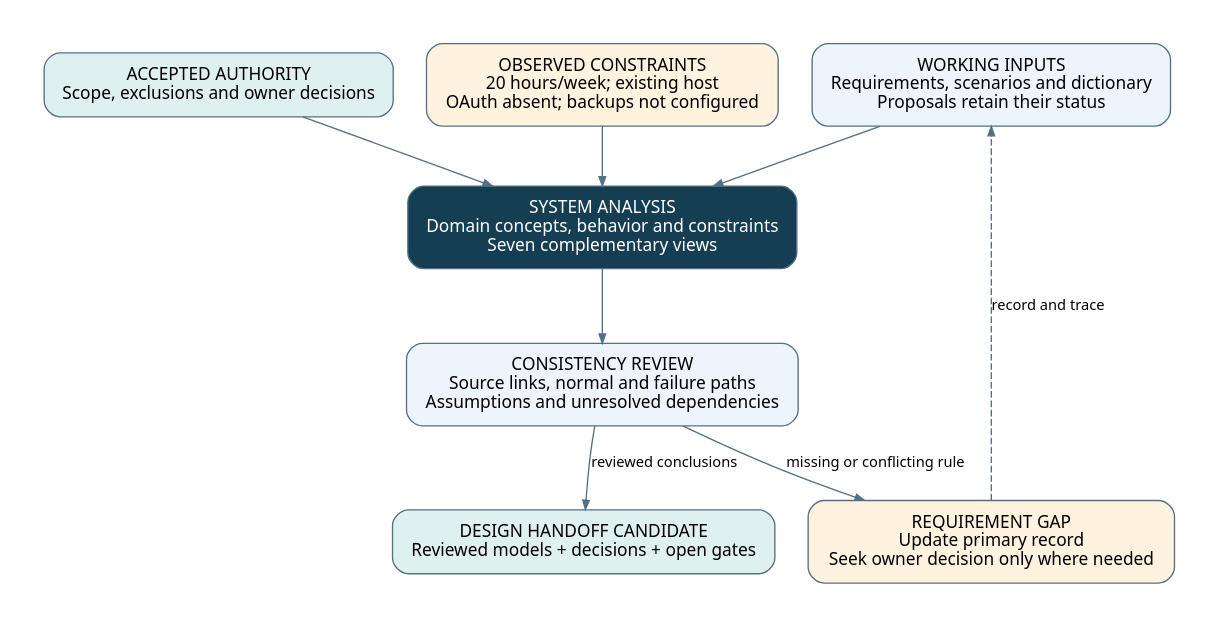
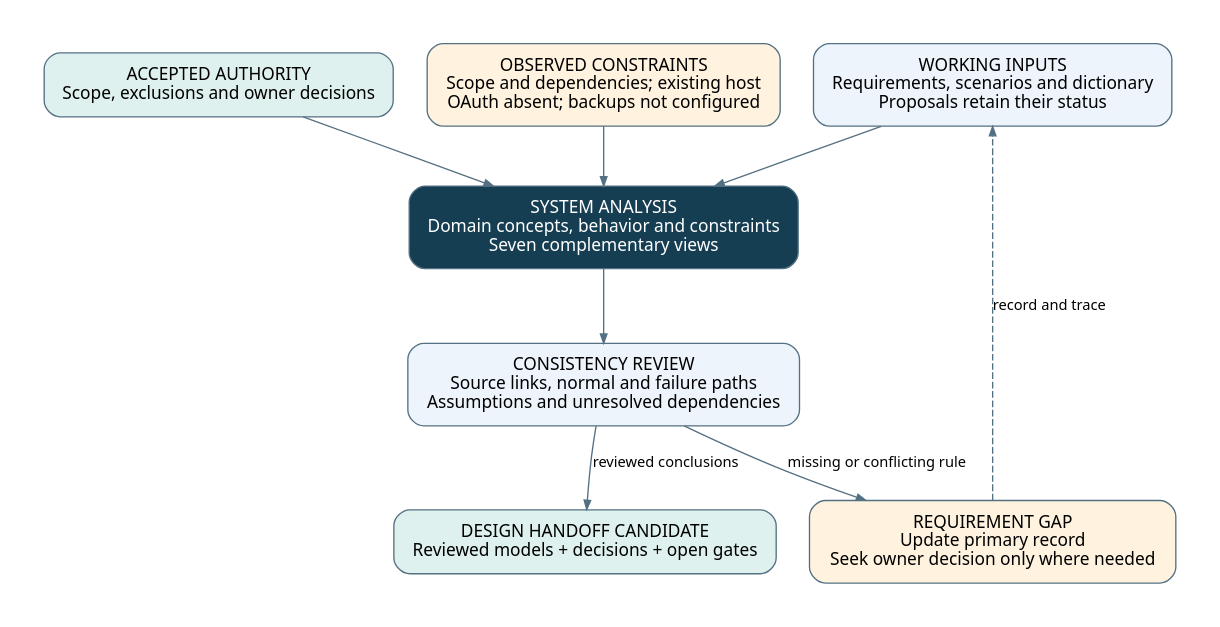
The diagram in Docs/SDLC/03-System-Analysis/Diagrams/Analysis-Inputs-And-Outputs.dot (Farhad-V/Web-Resumefolio), drawn with Graphviz before and after one commit. The commit also changed 34 other files, not shown here.

Commit message:
docs: align SDLC plans and diagrams with scope-driven delivery

```diff
--- a/Docs/SDLC/03-System-Analysis/Diagrams/Analysis-Inputs-And-Outputs.dot
+++ b/Docs/SDLC/03-System-Analysis/Diagrams/Analysis-Inputs-And-Outputs.dot
@@ -1,23 +1,23 @@
 // OWNER-MVP-2026-11-04 review: MVP core / cross-cutting. Core presentation/application/files or shared authority/recovery invariant remains applicable.
 digraph G { rankdir=TB; graph [bgcolor="white",pad="0.35",nodesep="0.35",ranksep="0.6",fontname="Segoe UI",fontsize=18]; node [shape=box,style="rounded,filled",fillcolor="#edf4fb",color="#547083",fontname="Segoe UI",fontsize=13,margin="0.18,0.14"]; edge [color="#547083",fontname="Segoe UI",fontsize=11,arrowsize=0.7];
 scope [label="ACCEPTED AUTHORITY
 Scope, exclusions and owner decisions",fillcolor="#dff1ef"];
 working [label="WORKING INPUTS
 Requirements, scenarios and dictionary
 Proposals retain their status"];
 facts [label="OBSERVED CONSTRAINTS
-20 hours/week; existing host
+Scope and dependencies; existing host
 OAuth absent; backups not configured",fillcolor="#fff3df"];
 model [label="SYSTEM ANALYSIS
 Domain concepts, behavior and constraints
 Seven complementary views",fillcolor="#163e52",fontcolor="white"];
 review [label="CONSISTENCY REVIEW
 Source links, normal and failure paths
 Assumptions and unresolved dependencies"];
 handoff [label="DESIGN HANDOFF CANDIDATE
 Reviewed models + decisions + open gates",fillcolor="#dff1ef"];
 gap [label="REQUIREMENT GAP
 Update primary record
 Seek owner decision only where needed",fillcolor="#fff3df"];
 {rank=same;scope;working;facts;} scope -> model;working -> model;facts -> model;model -> review;review -> handoff [label="reviewed conclusions"];review -> gap [label="missing or conflicting rule"];gap -> working [label="record and trace",style=dashed];
 }
```
